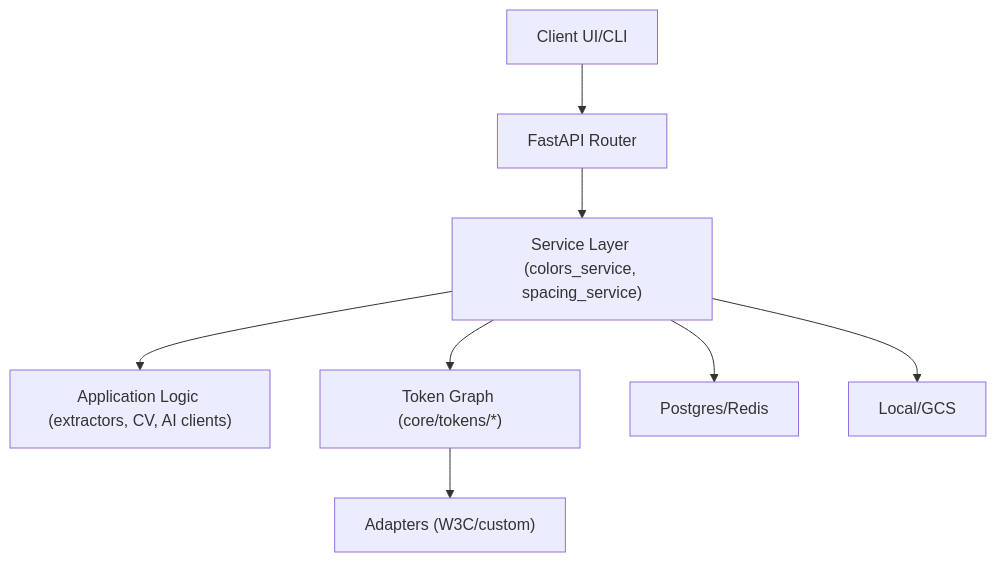
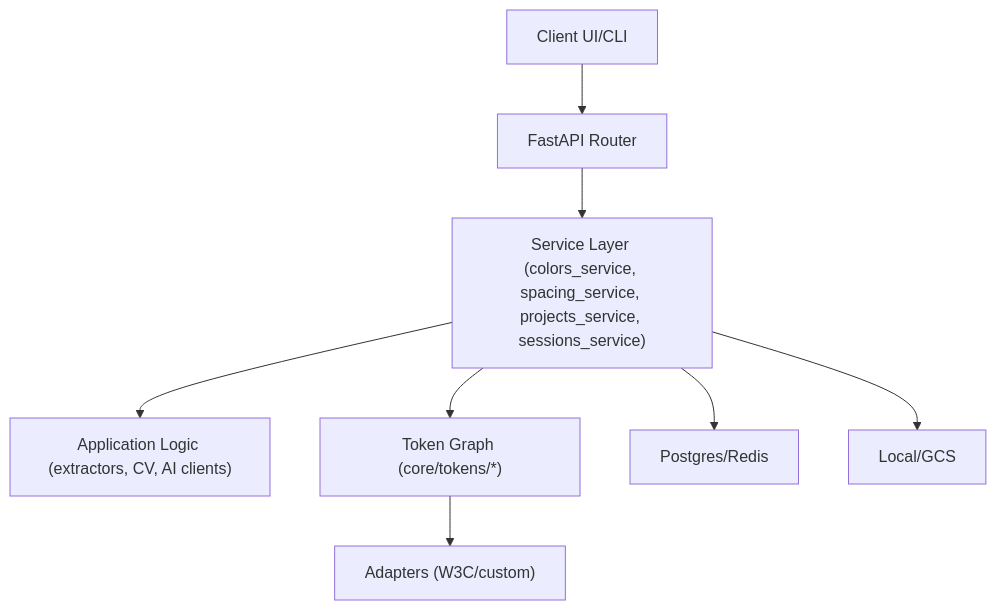
One commit to joshband/copy-that changed the first of 2 diagrams in docs/architecture/backend_architecture.md. Above: the diagram before and after it, drawn with Mermaid. The commit also changed other lines of this file and 1 other file, not shown here.

Commit message:
chore: add project/session services and seed test db

````diff
--- a/docs/architecture/backend_architecture.md
+++ b/docs/architecture/backend_architecture.md
@@ -7,10 +7,10 @@
 ```mermaid
 flowchart TD
     client["Client UI/CLI"] --> api["FastAPI Router"]
-    api --> services["Service Layer (colors_service, spacing_service)"]
+    api --> services["Service Layer (colors_service, spacing_service, projects_service, sessions_service)"]
     services --> app["Application Logic (extractors, CV, AI clients)"]
     services --> tokens["Token Graph (core/tokens/*)"]
     tokens --> adapters["Adapters (W3C/custom)"]
     services --> db["Postgres/Redis"]
     services --> storage["Local/GCS"]
 ```
````
